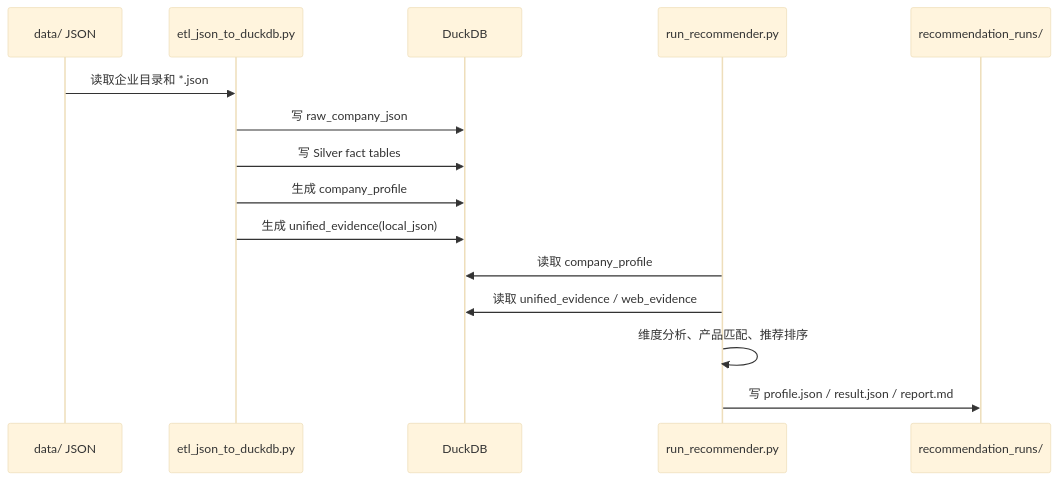
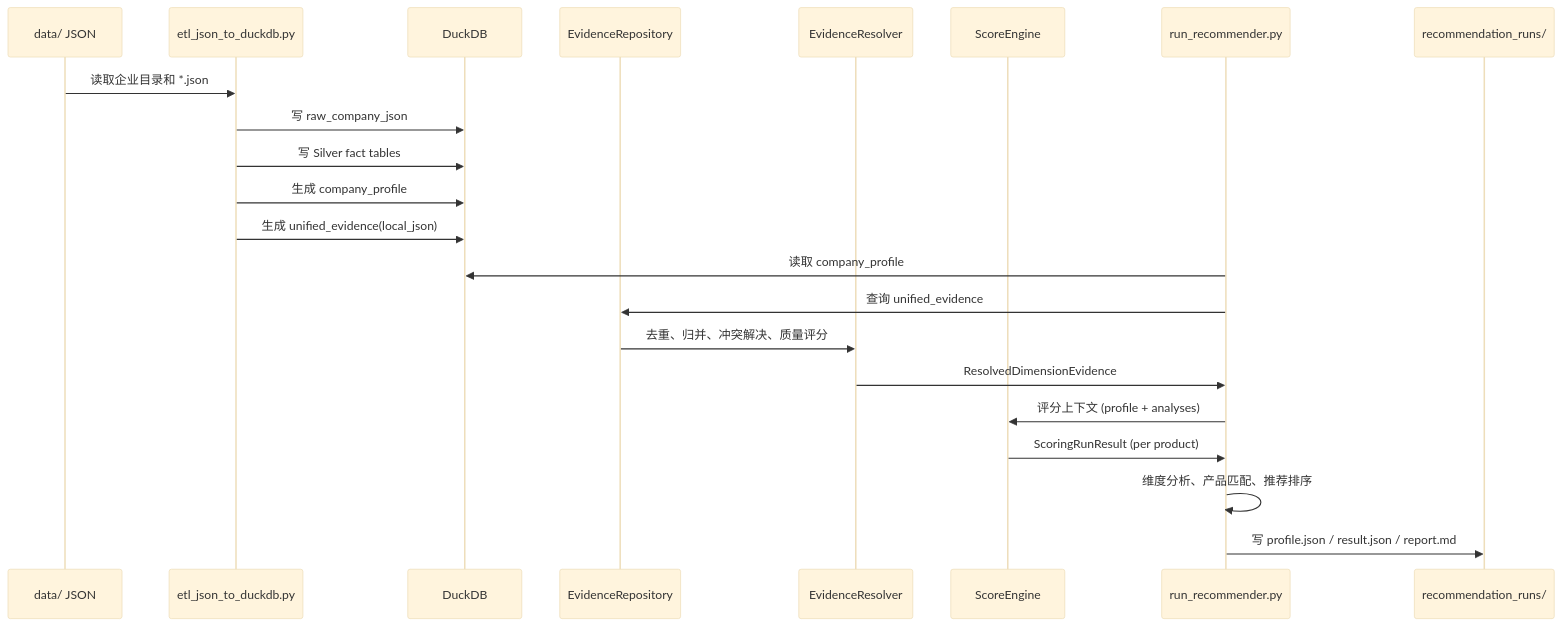
One commit to leeing/xft-dd changed the second of 3 diagrams in README.md. Above: the diagram before and after it, drawn with Mermaid (base theme). The commit also changed other lines of this file, not shown here.

First line of the commit message:
📝 docs: update README for evidence resolver, scoring engine, and batch runner

````diff
--- a/README.md
+++ b/README.md
@@ -108,18 +369,25 @@
 ```mermaid
 sequenceDiagram
   participant JSON as data/ JSON
   participant ETL as etl_json_to_duckdb.py
   participant DB as DuckDB
+  participant Repo as EvidenceRepository
+  participant Resolver as EvidenceResolver
+  participant Engine as ScoreEngine
   participant Rec as run_recommender.py
   participant Out as recommendation_runs/
 
   JSON->>ETL: 读取企业目录和 *.json
   ETL->>DB: 写 raw_company_json
   ETL->>DB: 写 Silver fact tables
   ETL->>DB: 生成 company_profile
   ETL->>DB: 生成 unified_evidence(local_json)
   Rec->>DB: 读取 company_profile
-  Rec->>DB: 读取 unified_evidence / web_evidence
+  Rec->>Repo: 查询 unified_evidence
+  Repo->>Resolver: 去重、归并、冲突解决、质量评分
+  Resolver->>Rec: ResolvedDimensionEvidence
+  Rec->>Engine: 评分上下文 (profile + analyses)
+  Engine->>Rec: ScoringRunResult (per product)
   Rec->>Rec: 维度分析、产品匹配、推荐排序
   Rec->>Out: 写 profile.json / result.json / report.md
 ```
````
